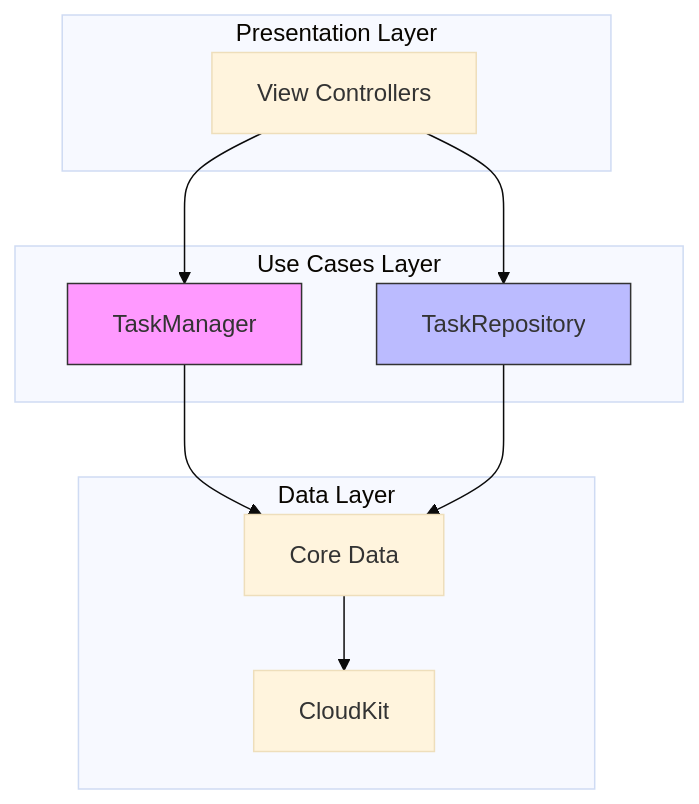
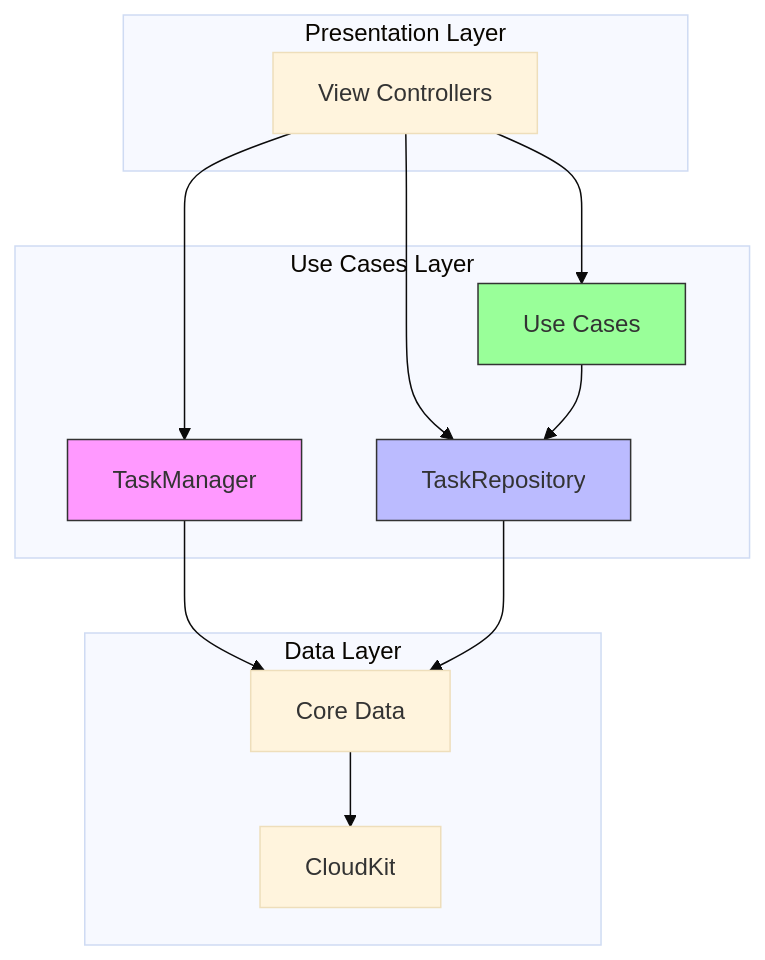
The first of 6 diagrams in .qoder/repowiki/en/content/Use Cases Layer.md (Saransh-Sharma/Tasker), drawn with Mermaid (base theme) before and after one commit. The commit also changed other lines of this file and 18 other files, not shown here.

````diff
--- a/.qoder/repowiki/en/content/Use Cases Layer.md
+++ b/.qoder/repowiki/en/content/Use Cases Layer.md
@@ -41,21 +57,25 @@
 ```mermaid
 graph TD
 subgraph "Presentation Layer"
 A[View Controllers]
 end
 subgraph "Use Cases Layer"
 B[TaskManager]
 C[TaskRepository]
+D[Use Cases]
 end
 subgraph "Data Layer"
-D[Core Data]
-E[CloudKit]
+E[Core Data]
+F[CloudKit]
 end
 A --> B
 A --> C
-B --> D
-C --> D
-D --> E
+A --> D
+B --> E
+C --> E
+D --> C
+E --> F
 style B fill:#f9f,stroke:#333
 style C fill:#bbf,stroke:#333
+style D fill:#9f9,stroke:#333
 ```
````
